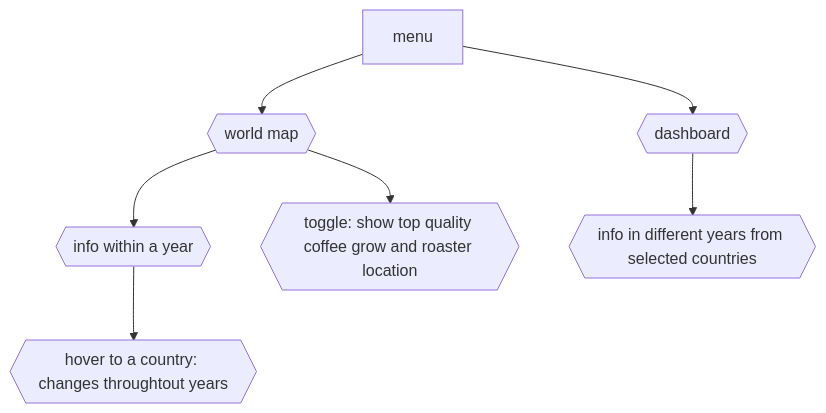
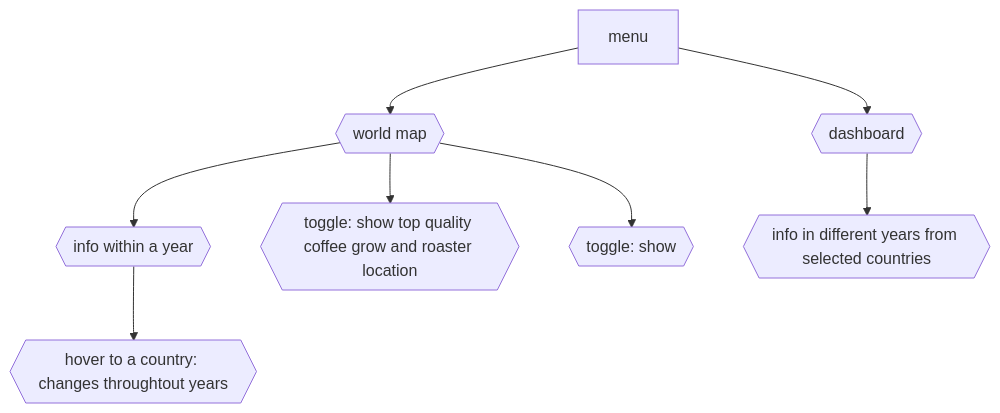
One commit to wingylui/Coffee_Trading changed the diagram in README.md. Above: the diagram before and after it, drawn with Mermaid. The commit also changed 19 other files, not shown here.

````diff
--- a/README.md
+++ b/README.md
@@ -23,6 +23,7 @@
 ```mermaid
 flowchart TB
 menu --> id1{{world map}} --> sub1{{info within a year}} --> sub2{{hover to a country: changes throughtout years}}
 id1{{world map}} --> sub3{{toggle: show top quality coffee grow and roaster location}}
+id1{{world map}} --> sub5{{toggle: show }}
 menu --> id2{{dashboard}} --> sub4{{info in different years from selected countries}}
 ```
````
